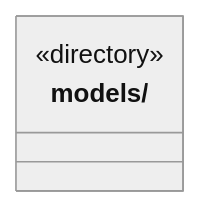
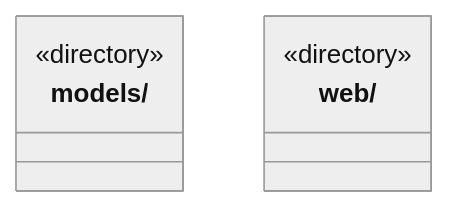
One commit to nan023062/cbim changed the diagram in src/logic/ARCHITECTURE.md. Above: the diagram before and after it, drawn with Mermaid (neutral theme). The commit also changed other lines of this file and 91 other files, not shown here.

Commit message:
refactor(logic): migrate web services and platform readers

````diff
--- a/src/logic/ARCHITECTURE.md
+++ b/src/logic/ARCHITECTURE.md
@@ -15,6 +15,9 @@
 ```mermaid
 classDiagram
 class N_src_logic_models["models/"] {
   <<directory>>
 }
+class N_src_logic_web["web/"] {
+  <<directory>>
+}
 ```
````
